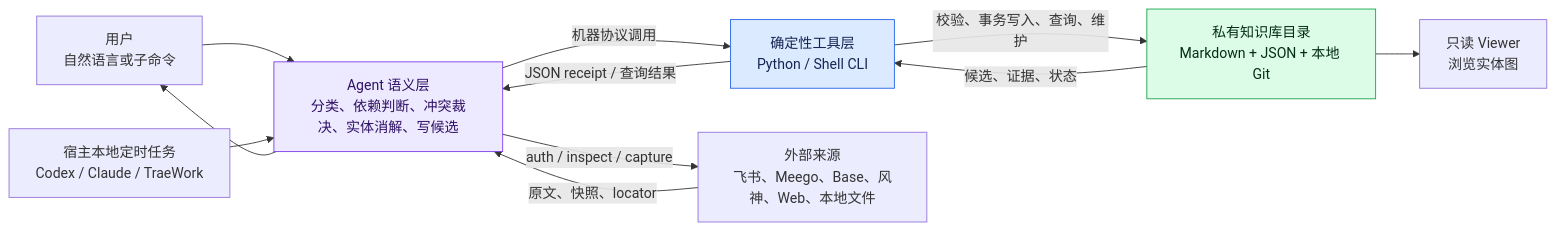
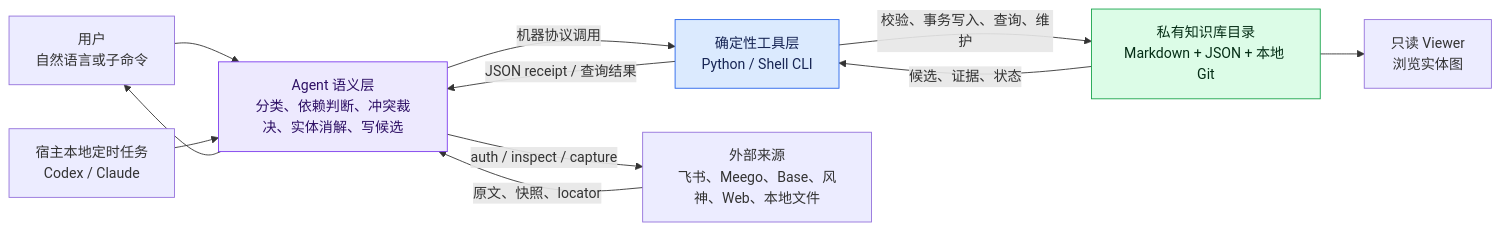
The first of 19 diagrams in docs/development/ARCHITECTURE.md (ranjiao/byteworker), drawn with Mermaid before and after one commit. The commit also changed other lines of this file and 21 other files, not shown here.

Commit message:
Remove Trae Work automation support

````diff
--- a/docs/development/ARCHITECTURE.md
+++ b/docs/development/ARCHITECTURE.md
@@ -11,28 +11,28 @@
 ```mermaid
 flowchart LR
     U["用户<br/>自然语言或子命令"]
-    H["宿主本地定时任务<br/>Codex / Claude / TraeWork"]
+    H["宿主本地定时任务<br/>Codex / Claude"]
     A["Agent 语义层<br/>分类、依赖判断、冲突裁决、实体消解、写候选"]
     C["确定性工具层<br/>Python / Shell CLI"]
     K["私有知识库目录<br/>Markdown + JSON + 本地 Git"]
     E["外部来源<br/>飞书、Meego、Base、风神、Web、本地文件"]
     V["只读 Viewer<br/>浏览实体图"]
 
     U --> A
     H --> A
     A -->|"auth / inspect / capture"| E
     E -->|"原文、快照、locator"| A
     A -->|"机器协议调用"| C
     C -->|"校验、事务写入、查询、维护"| K
     K -->|"候选、证据、状态"| C
     C -->|"JSON receipt / 查询结果"| A
     A --> U
     K --> V
 
     classDef semantic fill:#ede9fe,stroke:#7c3aed,color:#2e1065
     classDef deterministic fill:#dbeafe,stroke:#2563eb,color:#172554
     classDef private fill:#dcfce7,stroke:#16a34a,color:#052e16
     class A semantic
     class C deterministic
     class K private
 ```
````
